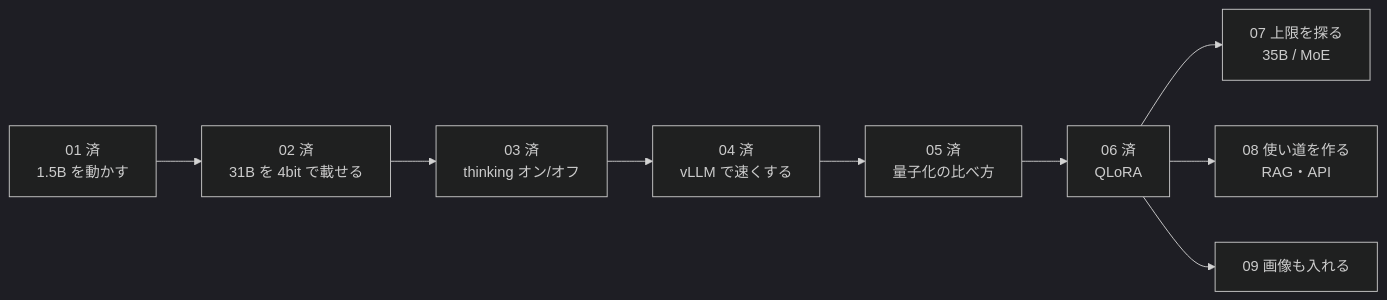
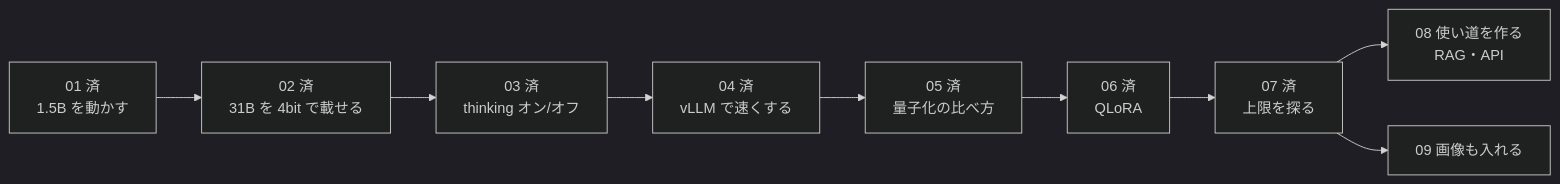
Before and after one commit to moruku36/colab-oss-lab: the diagram in docs/next-experiments.md, drawn with Mermaid (dark theme). The commit also changed other lines of this file and 7 other files, not shown here.

````diff
--- a/docs/next-experiments.md
+++ b/docs/next-experiments.md
@@ -6,11 +6,11 @@
 ```mermaid
 flowchart LR
     E01["01 済<br/>1.5B を動かす"] --> E02["02 済<br/>31B を 4bit で載せる"]
     E02 --> E03["03 済<br/>thinking オン/オフ"]
     E03 --> E04["04 済<br/>vLLM で速くする"]
     E04 --> E05["05 済<br/>量子化の比べ方"]
     E05 --> E06["06 済<br/>QLoRA"]
-    E06 --> C07["07 上限を探る<br/>35B / MoE"]
-    E06 --> C08["08 使い道を作る<br/>RAG・API"]
-    E06 --> C09["09 画像も入れる"]
+    E06 --> E07["07 済<br/>上限を探る"]
+    E07 --> C08["08 使い道を作る<br/>RAG・API"]
+    E07 --> C09["09 画像も入れる"]
 ```
````
